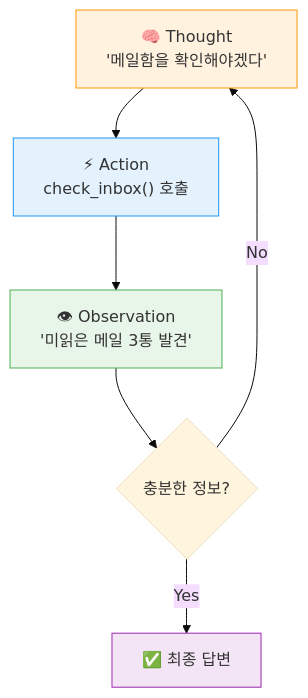
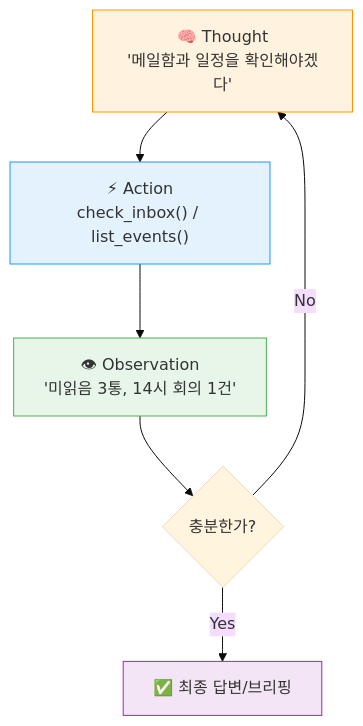
The diagram in books/md/Chapter 1. Kick-off & Agent 패러다임.md (Yo-sure/deepagents-handson), drawn with Mermaid (base theme) before and after one commit. The commit also changed other lines of this file and 4 other files, not shown here.

````diff
--- a/books/md/Chapter 1. Kick-off & Agent 패러다임.md
+++ b/books/md/Chapter 1. Kick-off & Agent 패러다임.md
@@ -299,17 +143,15 @@
 ```mermaid
 flowchart TD
-    T["🧠 Thought<br/>'메일함을 확인해야겠다'"]
-    A["⚡ Action<br/>check_inbox() 호출"]
-    O["👁 Observation<br/>'미읽은 메일 3통 발견'"]
-    Q{"충분한 정보?"}
-    F["✅ 최종 답변"]
-
+    T["🧠 Thought<br/>'메일함과 일정을 확인해야겠다'"]
+    A["⚡ Action<br/>check_inbox() / list_events()"]
+    O["👁 Observation<br/>'미읽음 3통, 14시 회의 1건'"]
+    Q{"충분한가?"}
+    F["✅ 최종 답변/브리핑"]
     T --> A --> O --> Q
     Q -- No --> T
     Q -- Yes --> F
-
     style T fill:#fff3e0,stroke:#ff9800
     style A fill:#e3f2fd,stroke:#2196f3
     style O fill:#e8f5e9,stroke:#4caf50
     style F fill:#f3e5f5,stroke:#9c27b0
 ```
````
